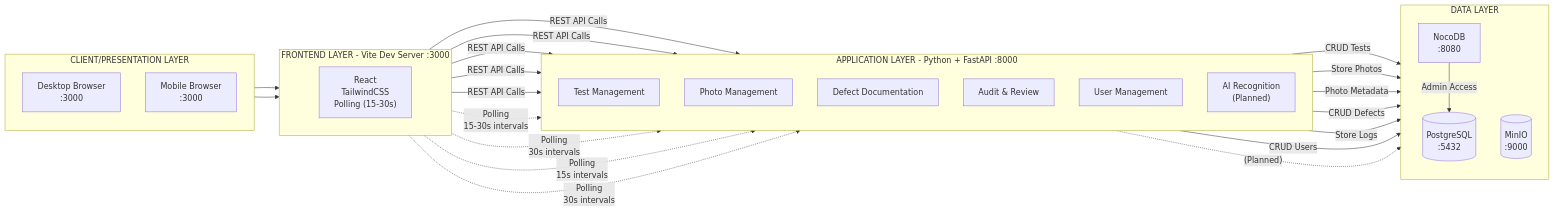
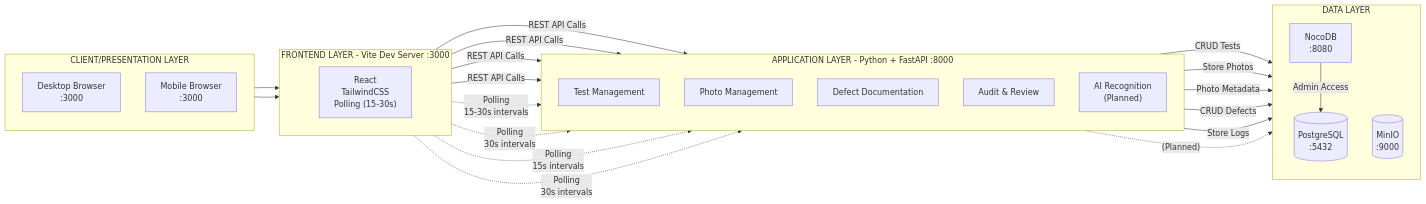
Before and after one commit to DominykasPivo/QC-Vision: the diagram in docs/detailed_architecture.md, drawn with Mermaid. The commit also changed other lines of this file and 5 other files, not shown here.

````diff
--- a/docs/detailed_architecture.md
+++ b/docs/detailed_architecture.md
@@ -5,52 +5,49 @@
 ```mermaid
 flowchart LR
     subgraph CLIENT["CLIENT/PRESENTATION LAYER"]
         direction TB
         WEB["Desktop Browser<br/>:3000"]
         MOBILE["Mobile Browser<br/>:3000"]
     end
 
     subgraph FRONTEND["FRONTEND LAYER - Vite Dev Server :3000"]
         direction LR
         REACT["React <br/>TailwindCSS<br/>Polling (15-30s)"]
     end
 
     subgraph BACKEND["APPLICATION LAYER - Python + FastAPI :8000"]
         direction TB
         TEST["Test Management"]
         PHOTO["Photo Management"]
         DEFECT["Defect Documentation"]
         AUDIT["Audit & Review"]
-        USER["User Management"]
         AI["AI Recognition<br/>(Planned)"]
     end
 
     subgraph DATA["DATA LAYER"]
         direction TB
         DB[("PostgreSQL<br/>:5432")]
         STORAGE[("MinIO<br/>:9000")]
         NOCODB["NocoDB<br/>:8080"]
     end
 
     WEB --> REACT
     MOBILE --> REACT
     REACT -->|"REST API Calls"| TEST
     REACT -->|"REST API Calls"| PHOTO
     REACT -->|"REST API Calls"| DEFECT
     REACT -->|"REST API Calls"| AUDIT
-    REACT -->|"REST API Calls"| USER
     REACT -.->|"Polling<br/>15-30s intervals"| TEST
     REACT -.->|"Polling<br/>30s intervals"| PHOTO
     REACT -.->|"Polling<br/>15s intervals"| DEFECT
     REACT -.->|"Polling<br/>30s intervals"| AUDIT
 
     TEST -->|"CRUD Tests"| DB
     PHOTO -->|"Store Photos"| STORAGE
     PHOTO -->|"Photo Metadata"| DB
     DEFECT -->|"CRUD Defects"| DB
     AUDIT -->|"Store Logs"| DB
-    USER -->|"CRUD Users"| DB
     AI -.->|"(Planned)"| DB
 
     NOCODB -->|"Admin Access"| DB
 ```
````
